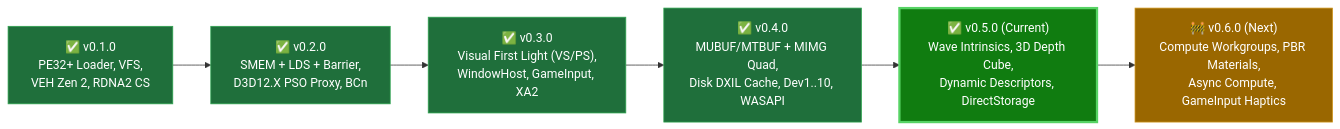
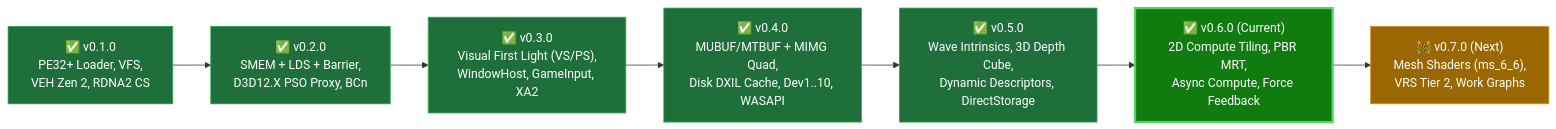
Before and after one commit to Batushn/KestrelX: the first of 2 diagrams in README.md, drawn with Mermaid. The commit also changed other lines of this file and 13 other files, not shown here.

Commit message:
feat(v0.6.0): 2D Compute Workgroup Tiling, PBR Deferred 3-MRT GBuffer, Async Compute & GameInput Haptics (Closes #18, #19, #20, #21)

````diff
--- a/README.md
+++ b/README.md
@@ -55,18 +61,20 @@
 ```mermaid
 flowchart LR
     M1["✅ v0.1.0<br/>PE32+ Loader, VFS,<br/>VEH Zen 2, RDNA2 CS"]
     M2["✅ v0.2.0<br/>SMEM + LDS + Barrier,<br/>D3D12.X PSO Proxy, BCn"]
     M3["✅ v0.3.0<br/>Visual First Light (VS/PS),<br/>WindowHost, GameInput, XA2"]
     M4["✅ v0.4.0<br/>MUBUF/MTBUF + MIMG Quad,<br/>Disk DXIL Cache, Dev1..10, WASAPI"]
-    M5["✅ v0.5.0 (Current)<br/>Wave Intrinsics, 3D Depth Cube,<br/>Dynamic Descriptors, DirectStorage"]
-    M6["🚧 v0.6.0 (Next)<br/>Compute Workgroups, PBR Materials,<br/>Async Compute, GameInput Haptics"]
+    M5["✅ v0.5.0<br/>Wave Intrinsics, 3D Depth Cube,<br/>Dynamic Descriptors, DirectStorage"]
+    M6["✅ v0.6.0 (Current)<br/>2D Compute Tiling, PBR MRT,<br/>Async Compute, Force Feedback"]
+    M7["🚧 v0.7.0 (Next)<br/>Mesh Shaders (ms_6_6),<br/>VRS Tier 2, Work Graphs"]
 
-    M1 --> M2 --> M3 --> M4 --> M5 --> M6
+    M1 --> M2 --> M3 --> M4 --> M5 --> M6 --> M7
 
     style M1 fill:#1f6f3b,stroke:#2ea44f,color:#fff
     style M2 fill:#1f6f3b,stroke:#2ea44f,color:#fff
     style M3 fill:#1f6f3b,stroke:#2ea44f,color:#fff
     style M4 fill:#1f6f3b,stroke:#2ea44f,color:#fff
-    style M5 fill:#107c10,stroke:#56d364,stroke-width:3px,color:#fff
-    style M6 fill:#9a6700,stroke:#d29922,color:#fff
+    style M5 fill:#1f6f3b,stroke:#2ea44f,color:#fff
+    style M6 fill:#107c10,stroke:#56d364,stroke-width:3px,color:#fff
+    style M7 fill:#9a6700,stroke:#d29922,color:#fff
 ```
````
